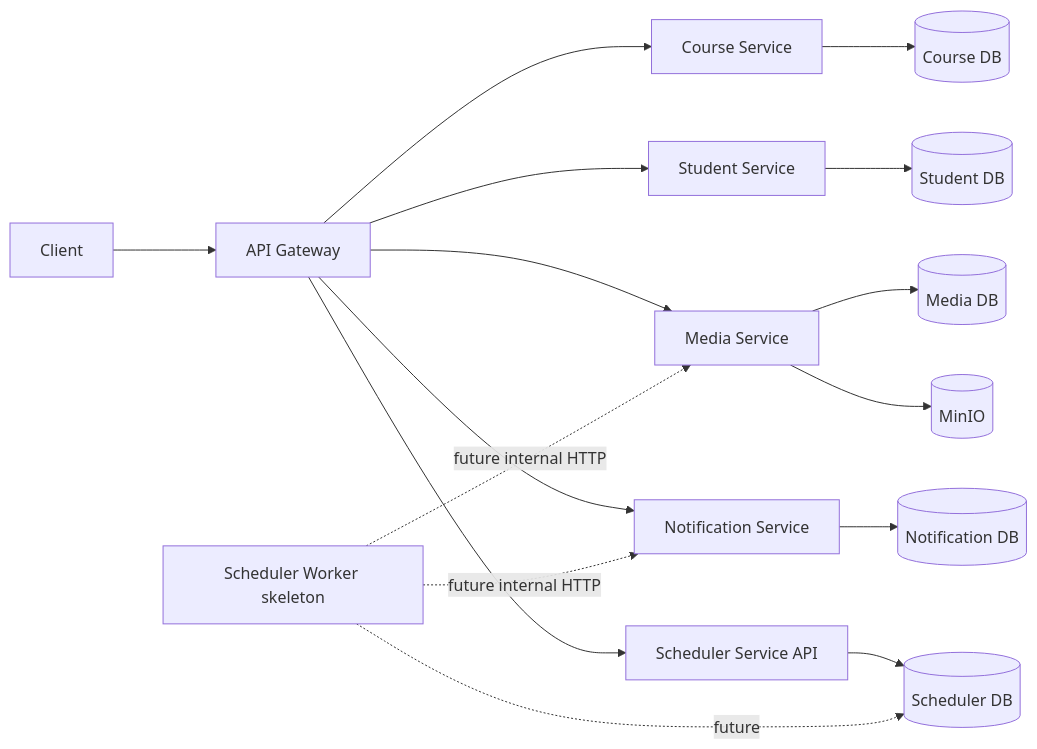
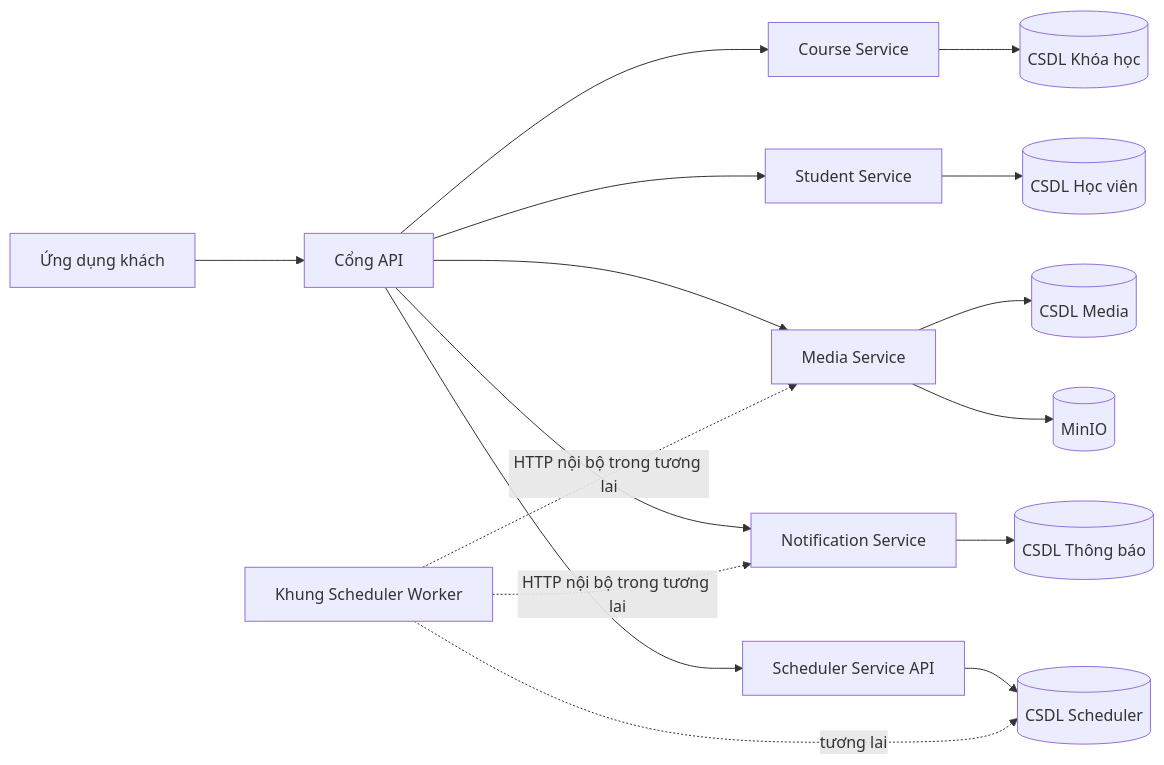
The diagram in ducnm3/docs/architecture/microservices.md (Minhduc7904/MiniProjectTrainingKaopiz), drawn with Mermaid before and after one commit. The commit also changed other lines of this file and 100 other files, not shown here.

````diff
--- a/ducnm3/docs/architecture/microservices.md
+++ b/ducnm3/docs/architecture/microservices.md
@@ -5,18 +5,18 @@
 ```mermaid
 flowchart LR
-    Client --> Gateway[API Gateway]
+    Client[Ứng dụng khách] --> Gateway[Cổng API]
     Gateway --> Course[Course Service]
     Gateway --> Student[Student Service]
     Gateway --> Media[Media Service]
     Gateway --> Notification[Notification Service]
     Gateway --> Scheduler[Scheduler Service API]
-    Course --> CourseDb[(Course DB)]
-    Student --> StudentDb[(Student DB)]
-    Media --> MediaDb[(Media DB)]
+    Course --> CourseDb[(CSDL Khóa học)]
+    Student --> StudentDb[(CSDL Học viên)]
+    Media --> MediaDb[(CSDL Media)]
     Media --> MinIO[(MinIO)]
-    Notification --> NotificationDb[(Notification DB)]
-    Scheduler --> SchedulerDb[(Scheduler DB)]
-    SchedulerWorker[Scheduler Worker skeleton] -. future .-> SchedulerDb
-    SchedulerWorker -. future internal HTTP .-> Notification
-    SchedulerWorker -. future internal HTTP .-> Media
+    Notification --> NotificationDb[(CSDL Thông báo)]
+    Scheduler --> SchedulerDb[(CSDL Scheduler)]
+    SchedulerWorker[Khung Scheduler Worker] -. tương lai .-> SchedulerDb
+    SchedulerWorker -. HTTP nội bộ trong tương lai .-> Notification
+    SchedulerWorker -. HTTP nội bộ trong tương lai .-> Media
 ```
````
